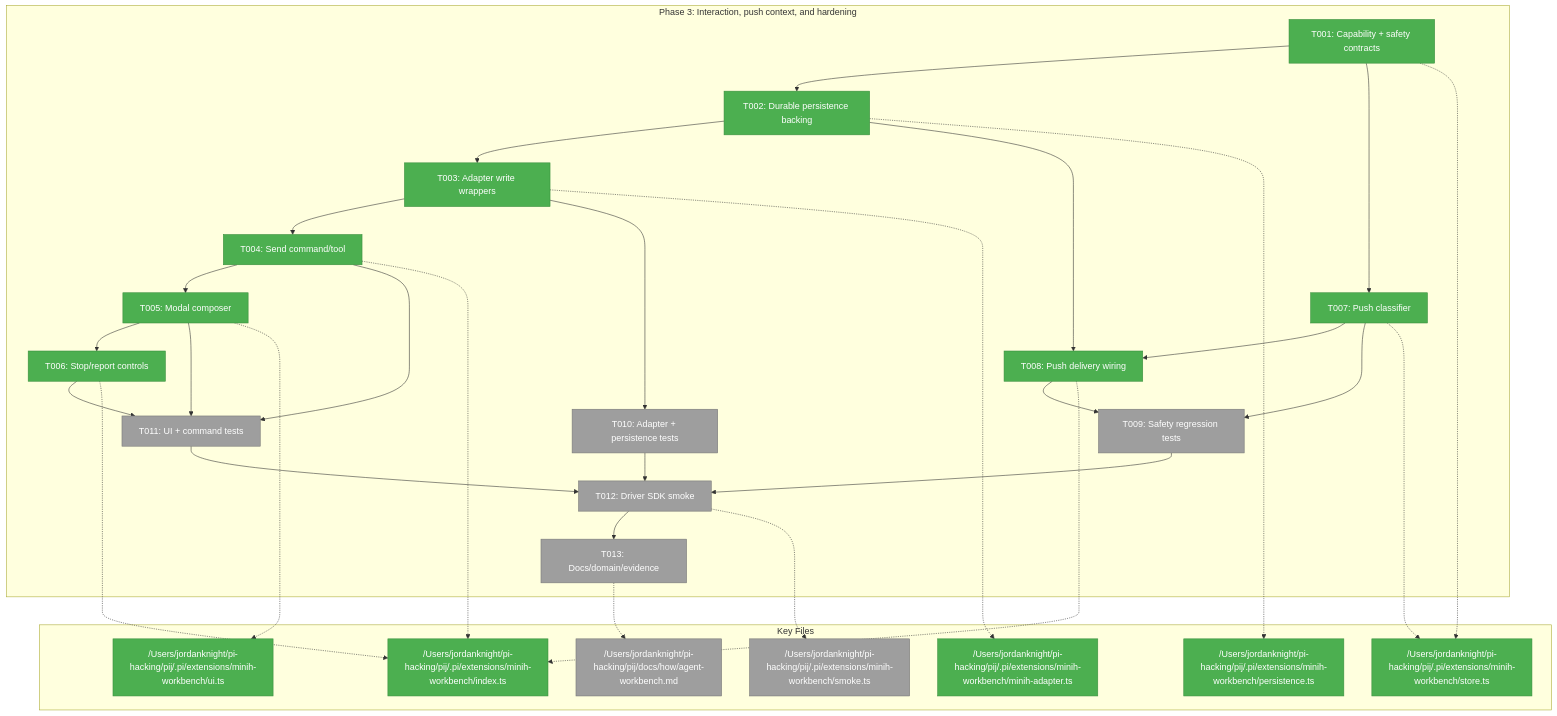
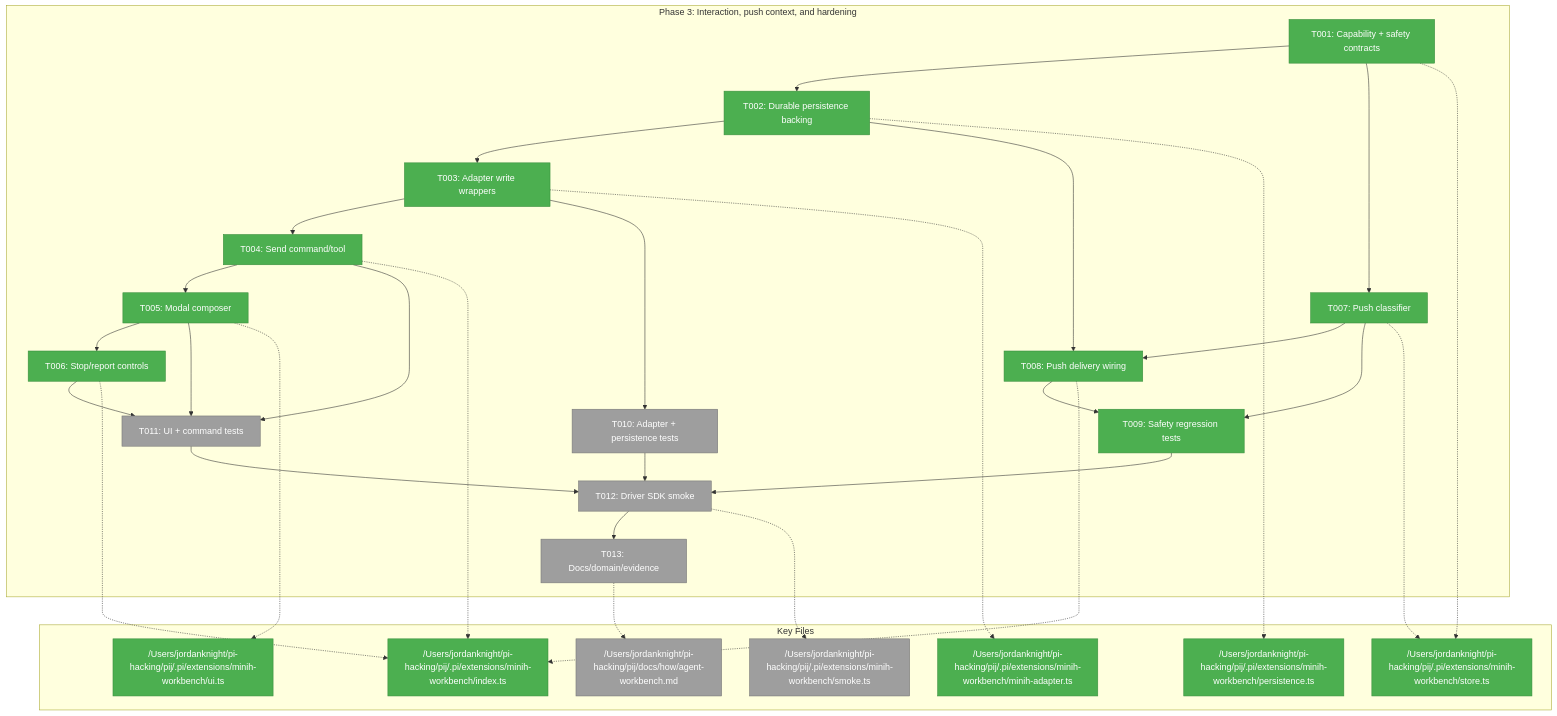
One commit to vaughanknight/pij changed the first of 3 diagrams in docs/plans/007-options-for-pi-extensions-that-do-subagents/tasks/phase-3-interaction-push-context-and-hardening/tasks.md. Above: the diagram before and after it, drawn with Mermaid. The commit also changed other lines of this file and 4 other files, not shown here.

````diff
--- a/docs/plans/007-options-for-pi-extensions-that-do-subagents/tasks/phase-3-interaction-push-context-and-hardening/tasks.md
+++ b/docs/plans/007-options-for-pi-extensions-that-do-subagents/tasks/phase-3-interaction-push-context-and-hardening/tasks.md
@@ -183,55 +183,55 @@
 ```mermaid
 flowchart TD
     classDef pending fill:#9E9E9E,stroke:#757575,color:#fff
     classDef inprogress fill:#FFC107,stroke:#FFA000,color:#000
     classDef completed fill:#4CAF50,stroke:#388E3C,color:#fff
 
     subgraph Phase["Phase 3: Interaction, push context, and hardening"]
         T001["T001: Capability + safety contracts"]:::completed
         T002["T002: Durable persistence backing"]:::completed
         T003["T003: Adapter write wrappers"]:::completed
         T004["T004: Send command/tool"]:::completed
         T005["T005: Modal composer"]:::completed
         T006["T006: Stop/report controls"]:::completed
         T007["T007: Push classifier"]:::completed
         T008["T008: Push delivery wiring"]:::completed
-        T009["T009: Safety regression tests"]:::pending
+        T009["T009: Safety regression tests"]:::completed
         T010["T010: Adapter + persistence tests"]:::pending
         T011["T011: UI + command tests"]:::pending
         T012["T012: Driver SDK smoke"]:::pending
         T013["T013: Docs/domain/evidence"]:::pending
         T001 --> T002 --> T003 --> T004 --> T005 --> T006
         T001 --> T007 --> T008
         T002 --> T008
         T003 --> T010
         T004 --> T011
         T005 --> T011
         T006 --> T011
         T007 --> T009
         T008 --> T009
         T009 --> T012 --> T013
         T010 --> T012
         T011 --> T012
     end
 
     subgraph Files["Key Files"]
         F1["/Users/jordanknight/pi-hacking/pij/.pi/extensions/minih-workbench/store.ts"]:::completed
         F2["/Users/jordanknight/pi-hacking/pij/.pi/extensions/minih-workbench/persistence.ts"]:::completed
         F3["/Users/jordanknight/pi-hacking/pij/.pi/extensions/minih-workbench/minih-adapter.ts"]:::completed
         F4["/Users/jordanknight/pi-hacking/pij/.pi/extensions/minih-workbench/index.ts"]:::completed
         F5["/Users/jordanknight/pi-hacking/pij/.pi/extensions/minih-workbench/ui.ts"]:::completed
         F6["/Users/jordanknight/pi-hacking/pij/.pi/extensions/minih-workbench/smoke.ts"]:::pending
         F7["/Users/jordanknight/pi-hacking/pij/docs/how/agent-workbench.md"]:::pending
     end
 
     T001 -.-> F1
     T002 -.-> F2
     T003 -.-> F3
     T004 -.-> F4
     T005 -.-> F5
     T006 -.-> F4
     T007 -.-> F1
     T008 -.-> F4
     T012 -.-> F6
     T013 -.-> F7
 ```
````
